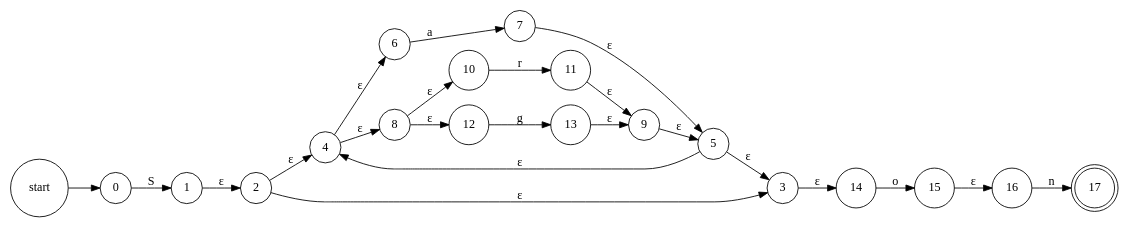
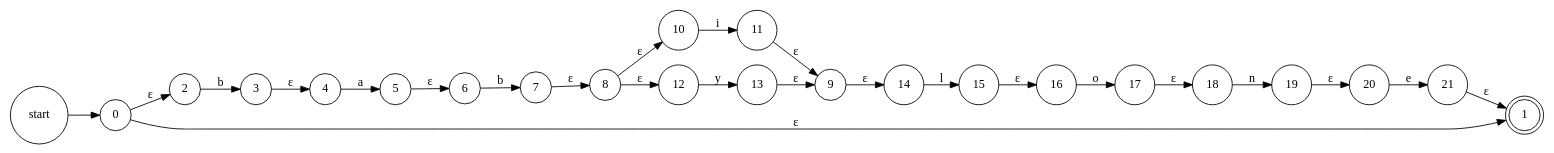
The diagram in outputs/nfa.dot (marouanosb/Gutenberg-text-search), drawn with Graphviz before and after one commit. The commit also changed 7 other files, not shown here.

```diff
--- a/outputs/nfa.dot
+++ b/outputs/nfa.dot
@@ -1,27 +1,29 @@
 digraph NFA {
   rankdir=LR;
   node [shape=circle];
   start -> 0;
-  0 -> 1 [label="S"];
-  1 -> 2 [label="ε"];
-  2 -> 4 [label="ε"];
-  4 -> 6 [label="ε"];
-  6 -> 7 [label="a"];
-  7 -> 5 [label="ε"];
-  5 -> 4 [label="ε"];
-  5 -> 3 [label="ε"];
-  3 -> 14 [label="ε"];
-  14 -> 15 [label="o"];
+  0 -> 2 [label="ε"];
+  2 -> 3 [label="b"];
+  3 -> 4 [label="ε"];
+  4 -> 5 [label="a"];
+  5 -> 6 [label="ε"];
+  6 -> 7 [label="b"];
+  7 -> 8 [label="ε"];
+  8 -> 10 [label="ε"];
+  10 -> 11 [label="i"];
+  11 -> 9 [label="ε"];
+  9 -> 14 [label="ε"];
+  14 -> 15 [label="l"];
   15 -> 16 [label="ε"];
-  16 -> 17 [label="n"];
-  4 -> 8 [label="ε"];
-  8 -> 10 [label="ε"];
-  10 -> 11 [label="r"];
-  11 -> 9 [label="ε"];
-  9 -> 5 [label="ε"];
+  16 -> 17 [label="o"];
+  17 -> 18 [label="ε"];
+  18 -> 19 [label="n"];
+  19 -> 20 [label="ε"];
+  20 -> 21 [label="e"];
+  21 -> 1 [label="ε"];
   8 -> 12 [label="ε"];
-  12 -> 13 [label="g"];
+  12 -> 13 [label="y"];
   13 -> 9 [label="ε"];
-  2 -> 3 [label="ε"];
-  17 [shape=doublecircle];
+  0 -> 1 [label="ε"];
+  1 [shape=doublecircle];
 }
```
